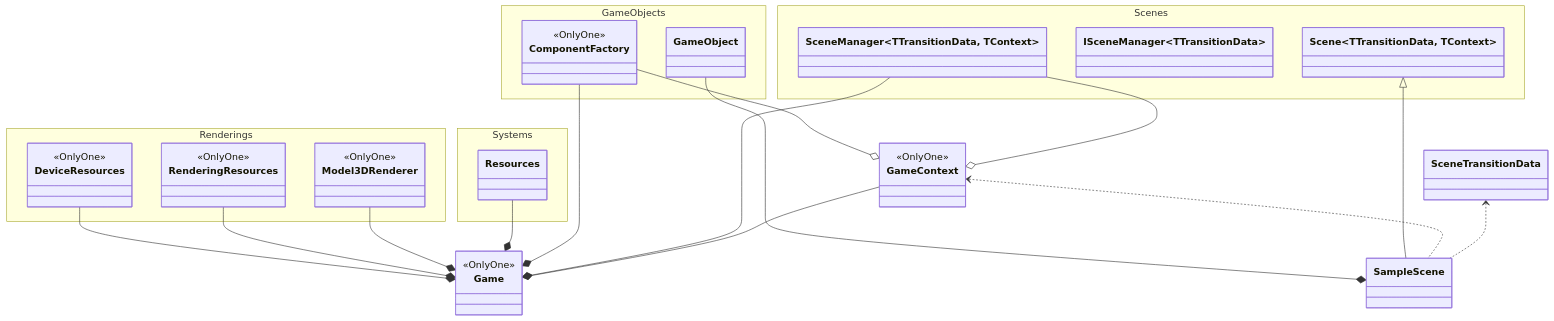
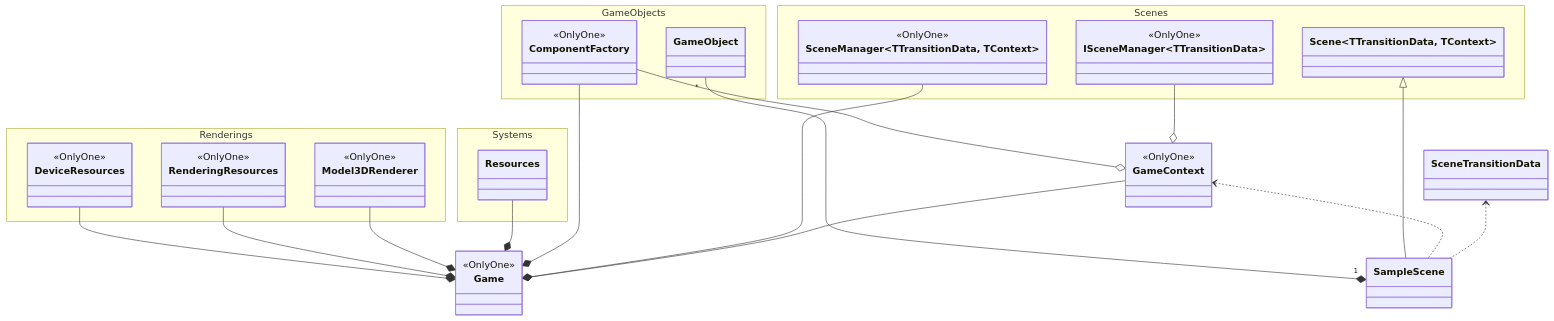
The second of 2 diagrams in Readme.md (ZeroMatrix0000/RPGEditorVer2.0), drawn with Mermaid before and after one commit. The commit also changed other lines of this file and 25 other files, not shown here.

````diff
--- a/Readme.md
+++ b/Readme.md
@@ -61,53 +68,55 @@
 ```mermaid
 
 classDiagram
 
 namespace Renderings{
     class DeviceResources
     class RenderingResources
     class Model3DRenderer
 }
 
 namespace Systems{
     class Resources
 }
 
 namespace GameObjects{
     class ComponentFactory
     class GameObject
 }
 
 namespace Scenes{
     class Scene["Scene&lt;TTransitionData, TContext>"]
     class ISceneManager["ISceneManager&lt;TTransitionData>"]
     class SceneManager["SceneManager&lt;TTransitionData, TContext>"]
 }
 
 class GameContext
 class SceneTransitionData
 class Game
 
 class SampleScene
 
 <<OnlyOne>> DeviceResources
 <<OnlyOne>> RenderingResources
 <<OnlyOne>> Model3DRenderer
 <<OnlyOne>> ComponentFactory
+<<OnlyOne>> ISceneManager
+<<OnlyOne>> SceneManager
 <<OnlyOne>> GameContext
 <<OnlyOne>> Game
 
 DeviceResources --* Game
 RenderingResources --* Game
 Model3DRenderer --* Game
 Resources --* Game
 ComponentFactory --o GameContext
 ComponentFactory --* Game
-GameObject --* SampleScene
+GameObject "*" --* "1" SampleScene
 Scene <|-- SampleScene
-SceneManager --o GameContext
+ISceneManager --o GameContext
 SceneManager --* Game
 GameContext --* Game
 GameContext <.. SampleScene
 SceneTransitionData <.. SampleScene
 
 ```
````
